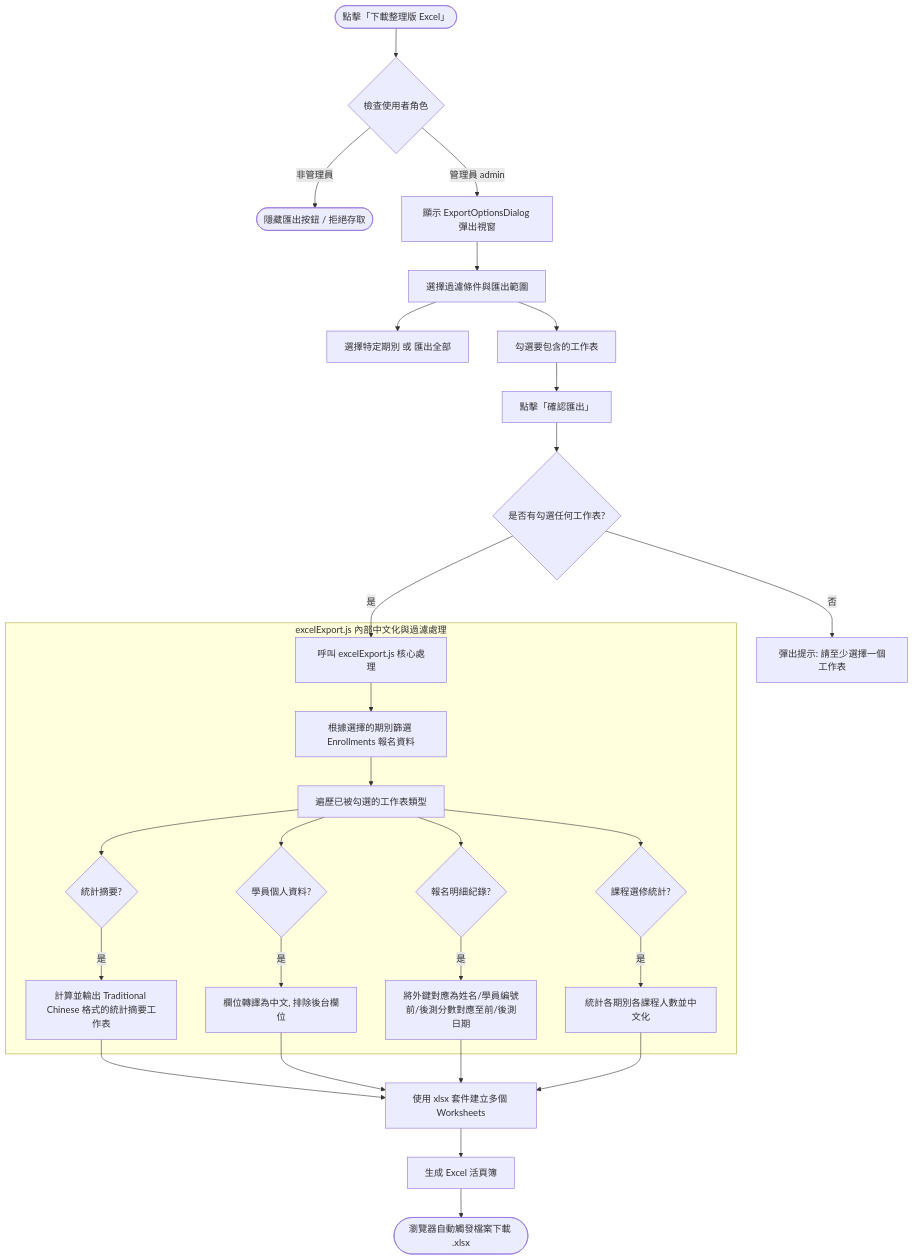
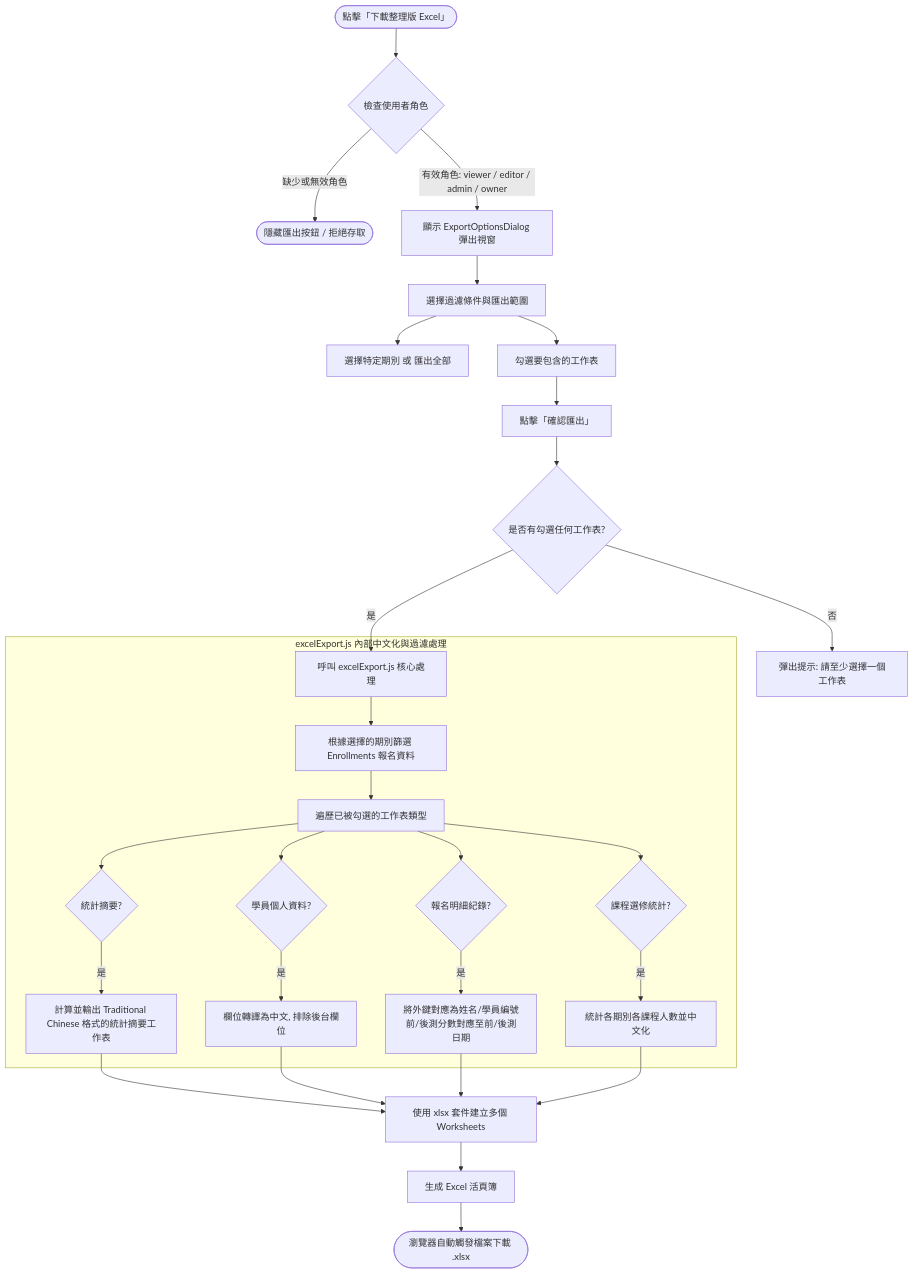
The third of 4 diagrams in 架構.md (TWTooru/ChanghuaYMCA_SeniorMenberSystem), drawn with Mermaid before and after one commit. The commit also changed other lines of this file, not shown here.

Commit message:
docs: align export role architecture

````diff
--- a/架構.md
+++ b/架構.md
@@ -289,30 +289,30 @@
 ```mermaid
 flowchart TD
     Start([點擊「下載整理版 Excel」]) --> CheckRole{檢查使用者角色}
     
-    CheckRole -->|非管理員| Deny([隱藏匯出按鈕 / 拒絕存取])
-    CheckRole -->|管理員 admin| ShowDialog[顯示 ExportOptionsDialog 彈出視窗]
+    CheckRole -->|缺少或無效角色| Deny([隱藏匯出按鈕 / 拒絕存取])
+    CheckRole -->|有效角色: viewer / editor / admin / owner| ShowDialog[顯示 ExportOptionsDialog 彈出視窗]
     
     ShowDialog --> UserInput[選擇過濾條件與匯出範圍]
     UserInput --> SelectSeason[選擇特定期別 或 匯出全部]
     UserInput --> SelectSheets[勾選要包含的工作表]
     
     SelectSheets --> ClickExport[點擊「確認匯出」]
     ClickExport --> CheckEmpty{是否有勾選任何工作表?}
     CheckEmpty -->|否| Abort[彈出提示: 請至少選擇一個工作表]
     CheckEmpty -->|是| CallLib[呼叫 excelExport.js 核心處理]
     
     subgraph subExcel ["excelExport.js 內部中文化與過濾處理"]
         CallLib --> FilterData[根據選擇的期別篩選 Enrollments 報名資料]
         FilterData --> LoopSheets[遍歷已被勾選的工作表類型]
         
         LoopSheets --> Sheet1{統計摘要?} -->|是| MapSummary[計算並輸出 Traditional Chinese 格式的統計摘要工作表]
         LoopSheets --> Sheet2{學員個人資料?} -->|是| MapStudents["欄位轉譯為中文, 排除後台欄位"]
         LoopSheets --> Sheet3{報名明細紀錄?} -->|是| MapEnroll["將外鍵對應為姓名/學員編號<br/>前/後測分數對應至前/後測日期"]
         LoopSheets --> Sheet4{課程選修統計?} -->|是| MapCourses[統計各期別各課程人數並中文化]
     end
     
     MapSummary & MapStudents & MapEnroll & MapCourses --> BuildWorkbook[使用 xlsx 套件建立多個 Worksheets]
     BuildWorkbook --> GenerateFile[生成 Excel 活頁簿]
     GenerateFile --> Download([瀏覽器自動觸發檔案下載 .xlsx])
 ```
````
